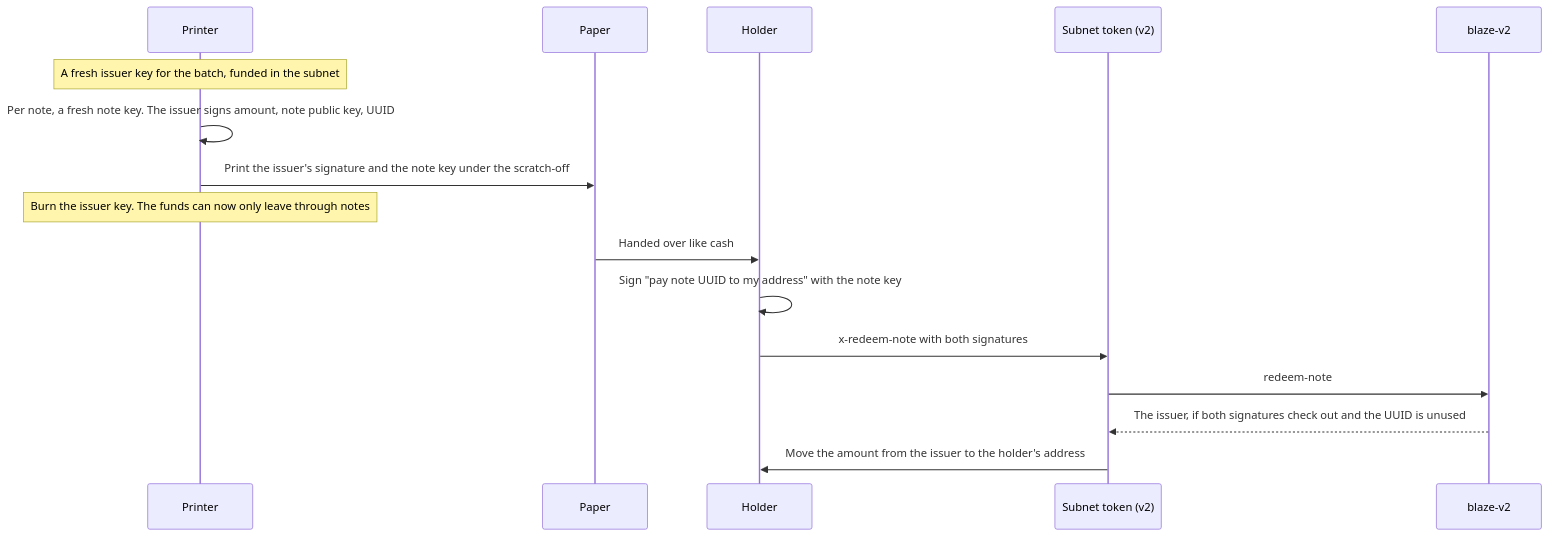
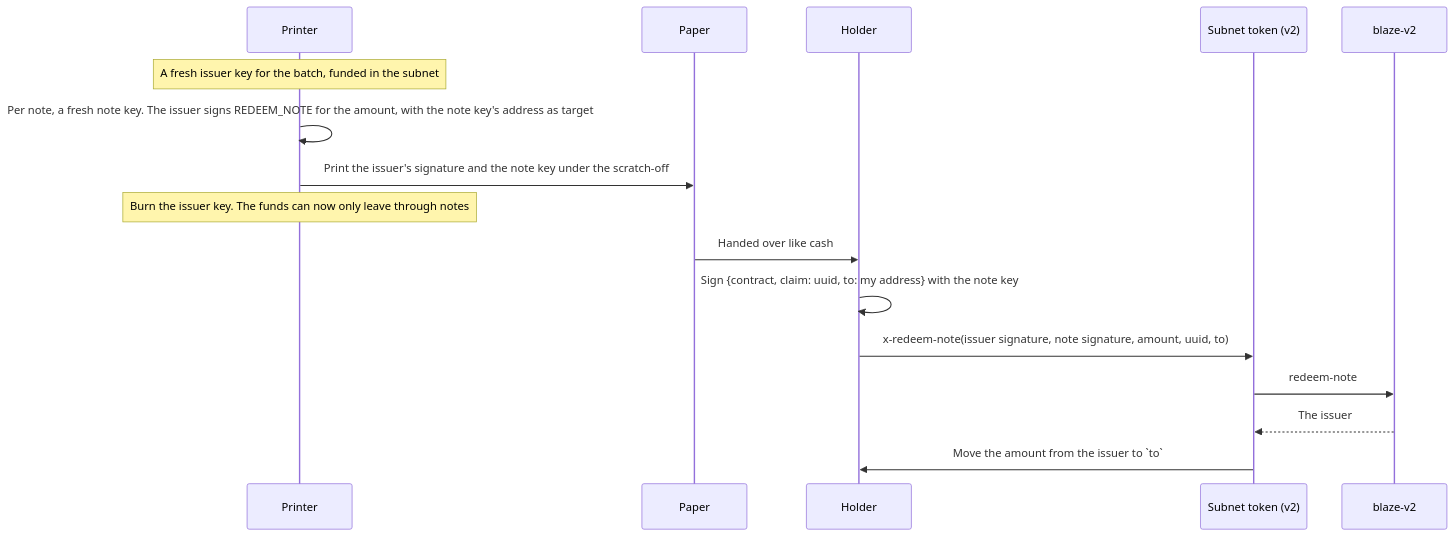
The first of 2 diagrams in apps/docs/docs/blaze-api/blaze-v2.md (r0zar/charisma), drawn with Mermaid before and after one commit. The commit also changed other lines of this file and 1 other file, not shown here.

Commit message:
docs(blaze): Blaze v2 is live: contracts, what changed, bearer notes, moving from v1

````diff
--- a/apps/docs/docs/blaze-api/blaze-v2.md
+++ b/apps/docs/docs/blaze-api/blaze-v2.md
@@ -23,18 +38,18 @@
 ```mermaid
 sequenceDiagram
     participant Printer
     participant Paper
     participant Holder
     participant Subnet as Subnet token (v2)
     participant Blaze as blaze-v2
     Note over Printer: A fresh issuer key for the batch, funded in the subnet
-    Printer->>Printer: Per note, a fresh note key. The issuer signs amount, note public key, UUID
+    Printer->>Printer: Per note, a fresh note key. The issuer signs REDEEM_NOTE for the amount, with the note key's address as target
     Printer->>Paper: Print the issuer's signature and the note key under the scratch-off
     Note over Printer: Burn the issuer key. The funds can now only leave through notes
     Paper->>Holder: Handed over like cash
-    Holder->>Holder: Sign "pay note UUID to my address" with the note key
-    Holder->>Subnet: x-redeem-note with both signatures
+    Holder->>Holder: Sign {contract, claim: uuid, to: my address} with the note key
+    Holder->>Subnet: x-redeem-note(issuer signature, note signature, amount, uuid, to)
     Subnet->>Blaze: redeem-note
-    Blaze-->>Subnet: The issuer, if both signatures check out and the UUID is unused
-    Subnet->>Holder: Move the amount from the issuer to the holder's address
+    Blaze-->>Subnet: The issuer
+    Subnet->>Holder: Move the amount from the issuer to `to`
 ```
````
